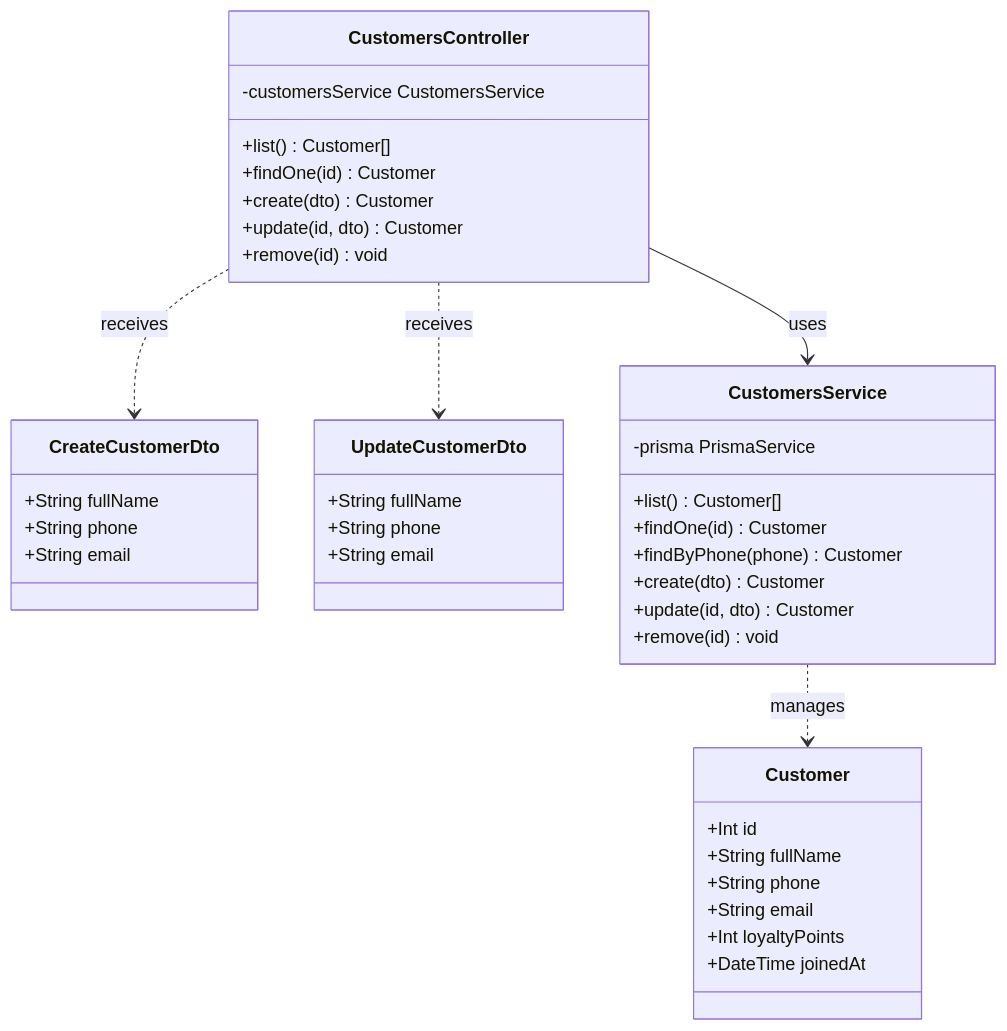
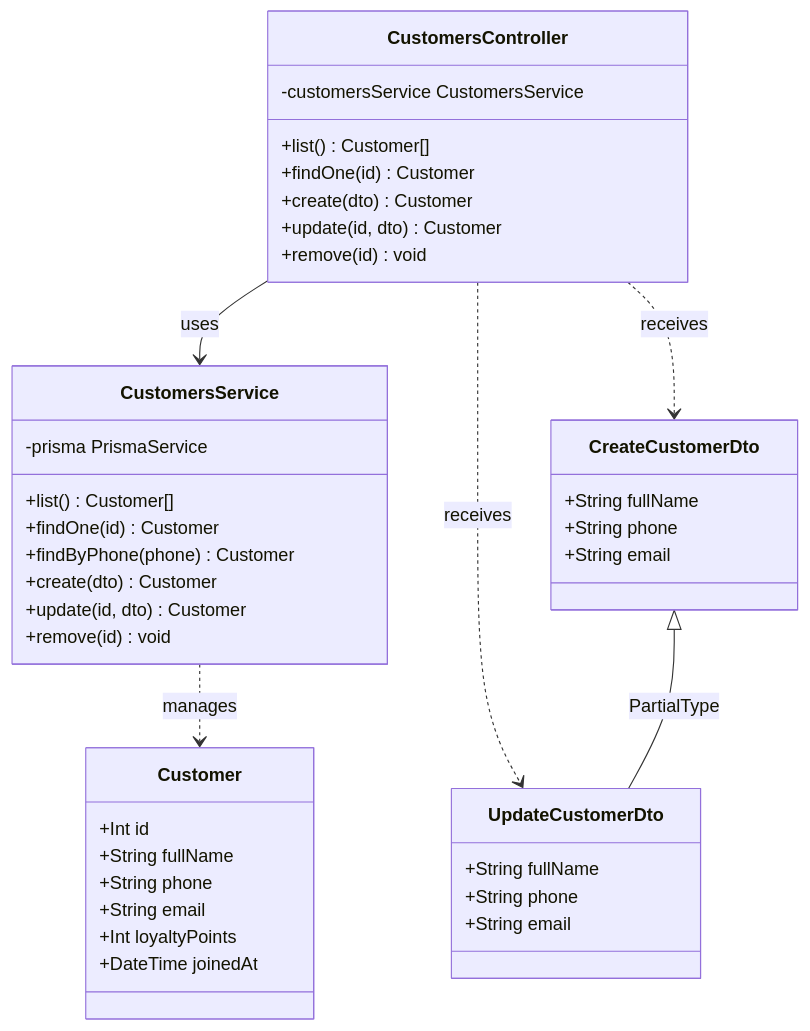
One commit to callmehai/Cafe-Shop-Management-System changed diagram 13 of 17 in docs/class-diagrams.md. Above: the diagram before and after it, drawn with Mermaid. The commit also changed other lines of this file, not shown here.

First line of the commit message:
docs: fix class diagram relationship arrow types

````diff
--- a/docs/class-diagrams.md
+++ b/docs/class-diagrams.md
@@ -752,47 +767,48 @@
 ```mermaid
 classDiagram
     class Customer {
         +Int id
         +String fullName
         +String phone
         +String email
         +Int loyaltyPoints
         +DateTime joinedAt
     }
 
     class CreateCustomerDto {
         +String fullName
         +String phone
         +String email
     }
 
     class UpdateCustomerDto {
         +String fullName
         +String phone
         +String email
     }
 
     class CustomersService {
         -prisma PrismaService
         +list() Customer[]
         +findOne(id) Customer
         +findByPhone(phone) Customer
         +create(dto) Customer
         +update(id, dto) Customer
         +remove(id) void
     }
 
     class CustomersController {
         -customersService CustomersService
         +list() Customer[]
         +findOne(id) Customer
         +create(dto) Customer
         +update(id, dto) Customer
         +remove(id) void
     }
 
     CustomersController --> CustomersService : uses
     CustomersService ..> Customer : manages
     CustomersController ..> CreateCustomerDto : receives
     CustomersController ..> UpdateCustomerDto : receives
+    CreateCustomerDto <|-- UpdateCustomerDto : PartialType
 ```
````
